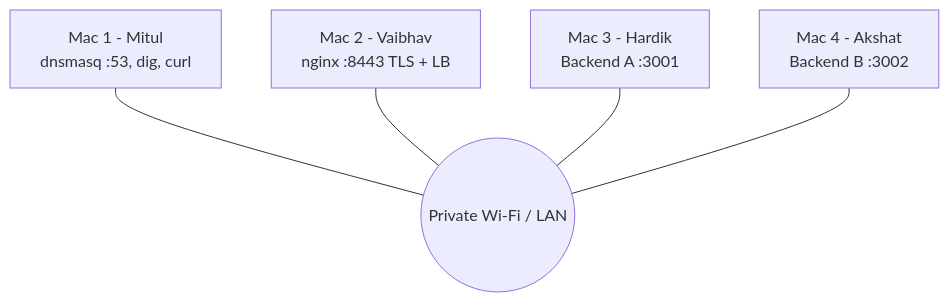
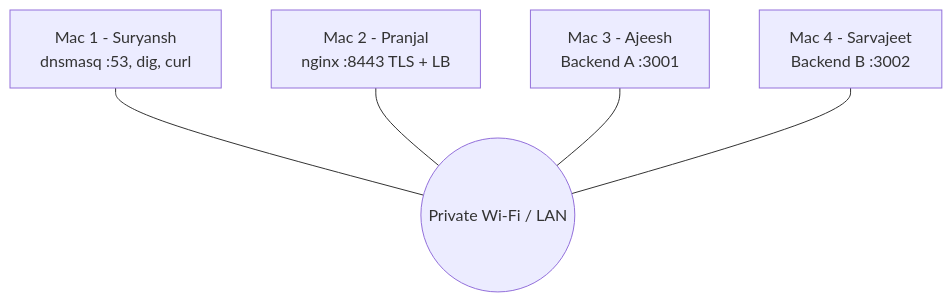
Before and after one commit to TechySuryansh/cn_project: the first of 6 diagrams in docs/diagrams.md, drawn with Mermaid. The commit also changed other lines of this file and 64 other files, not shown here.

Commit message:
Configure project for Suryansh, Pranjal, Ajeesh, and Sarvajeet; purge legacy roles

````diff
--- a/docs/diagrams.md
+++ b/docs/diagrams.md
@@ -4,8 +4,8 @@
 ```mermaid
 flowchart TB
   LAN(("Private Wi-Fi / LAN"))
-  M1["Mac 1 - Mitul<br/>dnsmasq :53, dig, curl"] --- LAN
-  M2["Mac 2 - Vaibhav<br/>nginx :8443 TLS + LB"] --- LAN
-  M3["Mac 3 - Hardik<br/>Backend A :3001"] --- LAN
-  M4["Mac 4 - Akshat<br/>Backend B :3002"] --- LAN
+  M1["Mac 1 - Suryansh<br/>dnsmasq :53, dig, curl"] --- LAN
+  M2["Mac 2 - Pranjal<br/>nginx :8443 TLS + LB"] --- LAN
+  M3["Mac 3 - Ajeesh<br/>Backend A :3001"] --- LAN
+  M4["Mac 4 - Sarvajeet<br/>Backend B :3002"] --- LAN
 ```
````
